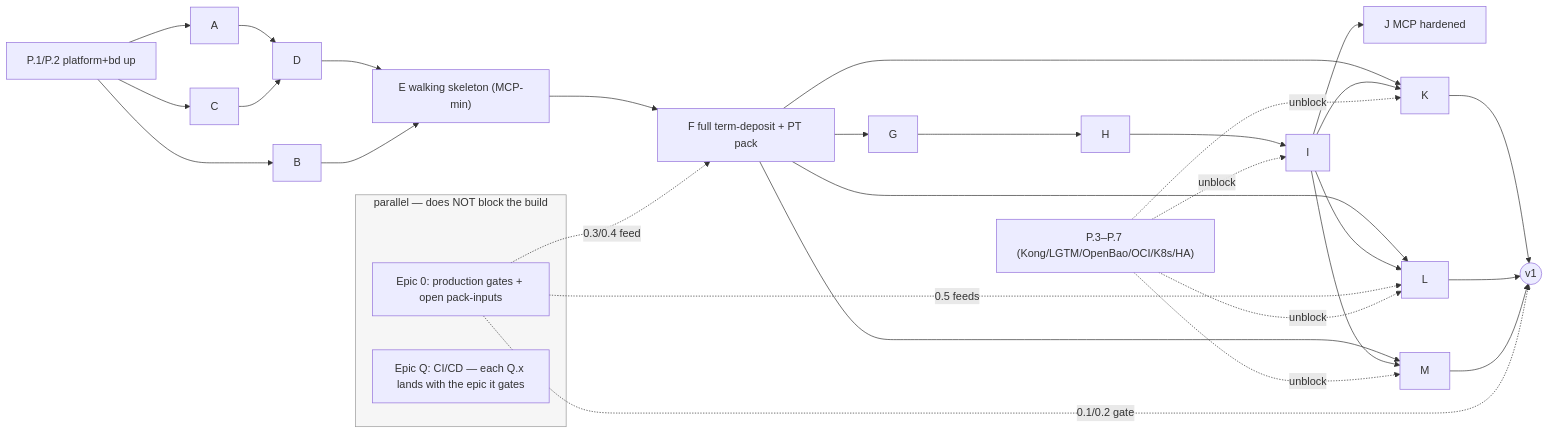
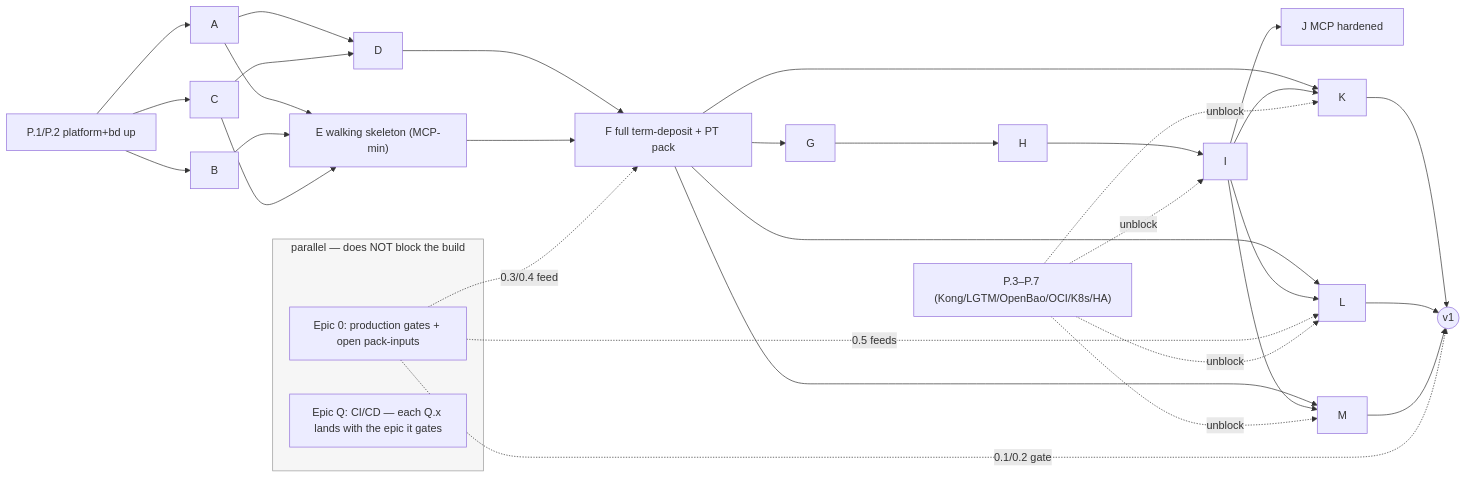
One commit to jhosm/archie changed the diagram in docs/product-management/product_concepts/v1-build-backlog.md. Above: the diagram before and after it, drawn with Mermaid. The commit also changed other lines of this file and 1 other file, not shown here.

First line of the commit message:
chore(beads): refine Epic E (7puj) to a precise child-level dep graph

````diff
--- a/docs/product-management/product_concepts/v1-build-backlog.md
+++ b/docs/product-management/product_concepts/v1-build-backlog.md
@@ -442,24 +442,26 @@
 ```mermaid
 flowchart LR
   P1["P.1/P.2 platform+bd up"] --> A & B & C
   A --> D
   C --> D
-  D --> E["E walking skeleton (MCP-min)"]
+  A --> E["E walking skeleton (MCP-min)"]
   B --> E
+  C --> E
+  D --> F
   E --> F["F full term-deposit + PT pack"]
   F --> G --> H --> I --> J["J MCP hardened"]
   F --> K & L & M
   I --> K & L & M
   K & L & M --> V1((v1))
 
   subgraph par["parallel — does NOT block the build"]
     E0["Epic 0: production gates + open pack-inputs"]
     Q["Epic Q: CI/CD — each Q.x lands with the epic it gates"]
   end
   E0 -. "0.3/0.4 feed" .-> F
   E0 -. "0.5 feeds" .-> L
   E0 -. "0.1/0.2 gate" .-> V1
   P3P7["P.3–P.7 (Kong/LGTM/OpenBao/OCI/K8s/HA)"] -. unblock .-> I & K & M & L
 
   style par fill:#f6f6f6,stroke:#999
 ```
````
